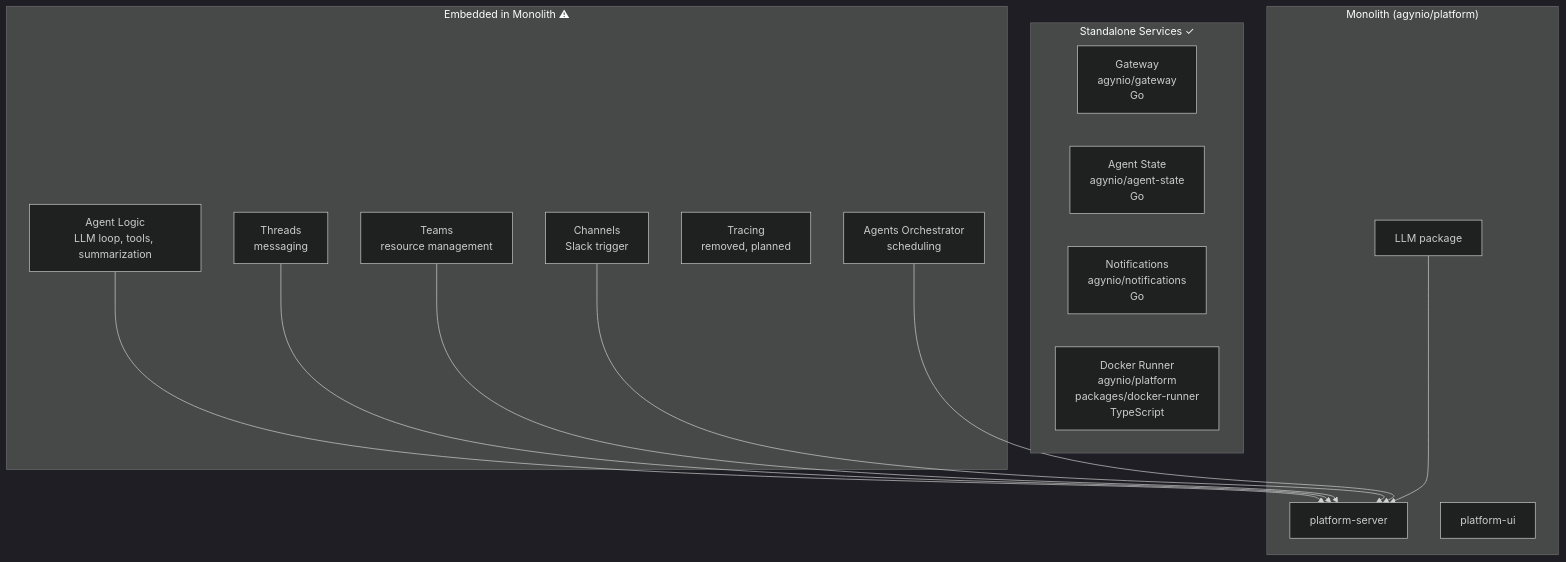
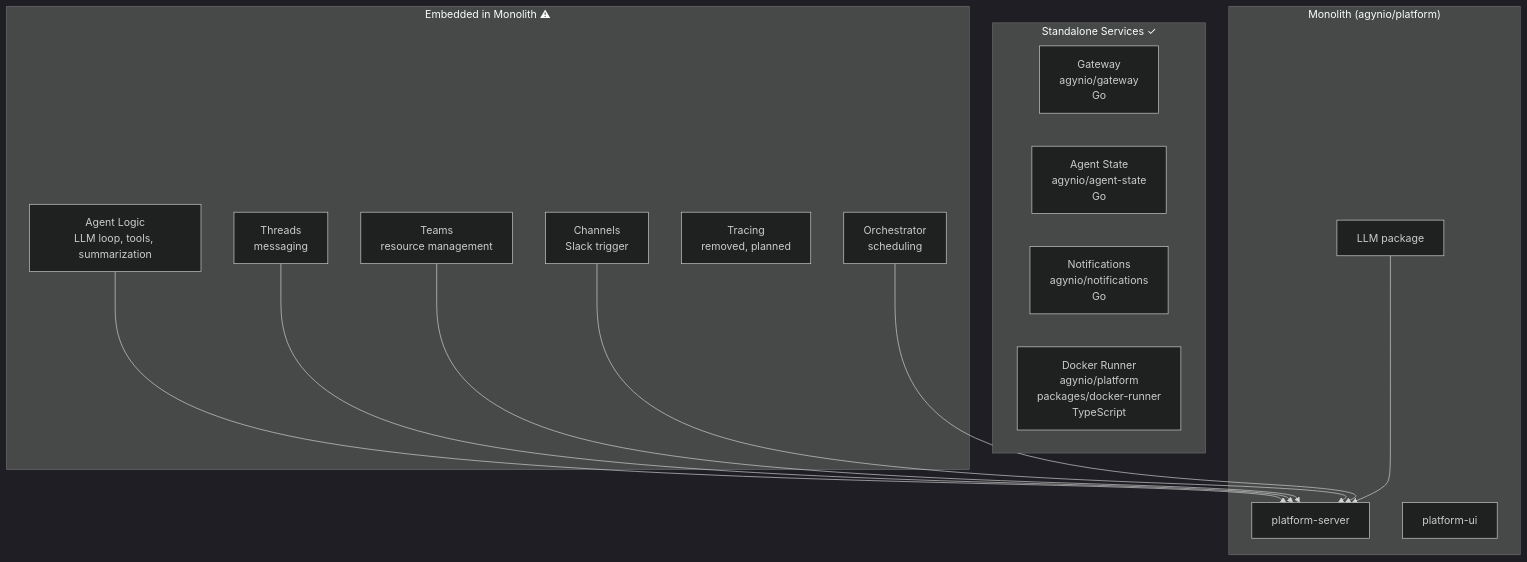
One commit to agynio/architecture changed the diagram in gaps/current-state.md. Above: the diagram before and after it, drawn with Mermaid (dark theme). The commit also changed other lines of this file and 12 other files, not shown here.

````diff
--- a/gaps/current-state.md
+++ b/gaps/current-state.md
@@ -7,27 +7,27 @@
 ```mermaid
 graph TB
     subgraph "Standalone Services ✓"
         GW[Gateway<br/>agynio/gateway<br/>Go]
         AS[Agent State<br/>agynio/agent-state<br/>Go]
         NT[Notifications<br/>agynio/notifications<br/>Go]
         DR[Docker Runner<br/>agynio/platform<br/>packages/docker-runner<br/>TypeScript]
     end
 
     subgraph "Embedded in Monolith ⚠"
         AG[Agent Logic<br/>LLM loop, tools, summarization]
         TH[Threads<br/>messaging]
         TM[Teams<br/>resource management]
         CH[Channels<br/>Slack trigger]
         TR[Tracing<br/>removed, planned]
-        AO[Agents Orchestrator<br/>scheduling]
+        AO[Orchestrator<br/>scheduling]
     end
 
     subgraph "Monolith (agynio/platform)"
         PS[platform-server]
         UI[platform-ui]
         LLM[LLM package]
     end
 
     AG & TH & TM & CH & AO --> PS
     LLM --> PS
 ```
````
